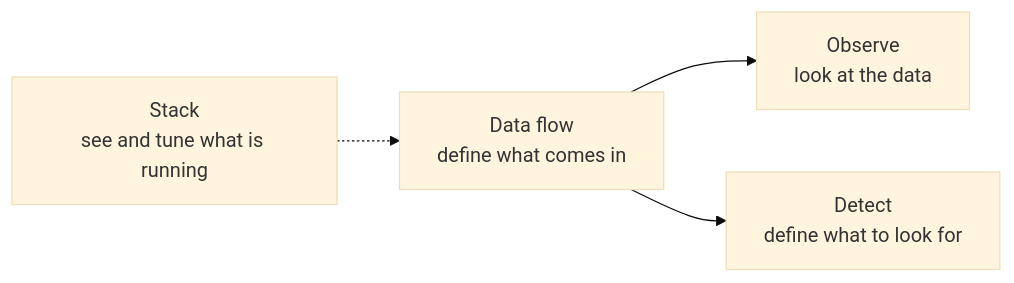
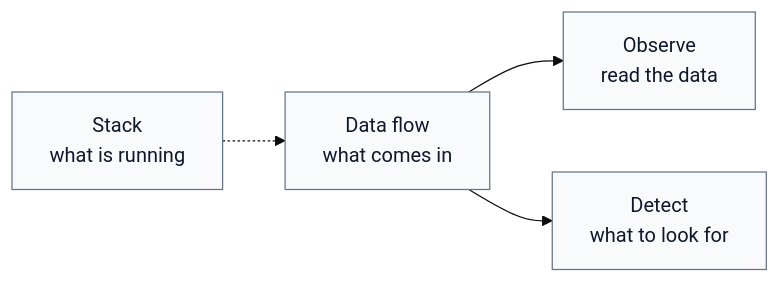
The first of 2 diagrams in docs/console-and-the-flow.md (hyperi-io/dfe-ui), drawn with Mermaid (base theme) before and after one commit. The commit also changed other lines of this file and 18 other files, not shown here.

First line of the commit message:
docs(console): fix 17 claims and redraw ten diagrams

````diff
--- a/docs/console-and-the-flow.md
+++ b/docs/console-and-the-flow.md
@@ -5,10 +7,16 @@
 ```mermaid
 flowchart LR
-    OB[Observe<br/>look at the data]
-    DF[Data flow<br/>define what comes in]
-    DT[Detect<br/>define what to look for]
-    ST[Stack<br/>see and tune what is running]
-    DF --> OB
-    DF --> DT
-    ST -.-> DF
+    accTitle: L4 Detail -- Console menu groups
+    accDescr: Stack runs the apps behind what Data flow defines. Data flow feeds what Observe reads and what Detect looks for.
+
+    stack["Stack<br/>what is running"]
+    dataflow["Data flow<br/>what comes in"]
+    observe["Observe<br/>read the data"]
+    detect["Detect<br/>what to look for"]
+
+    stack -.-> dataflow
+    dataflow --> observe
+    dataflow --> detect
+
+    classDef default fill:#F8FAFC,stroke:#64748B,stroke-width:1px,color:#0F172A
 ```
````
